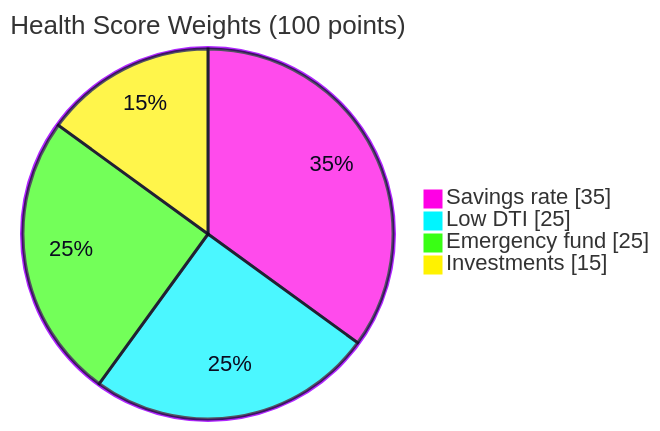
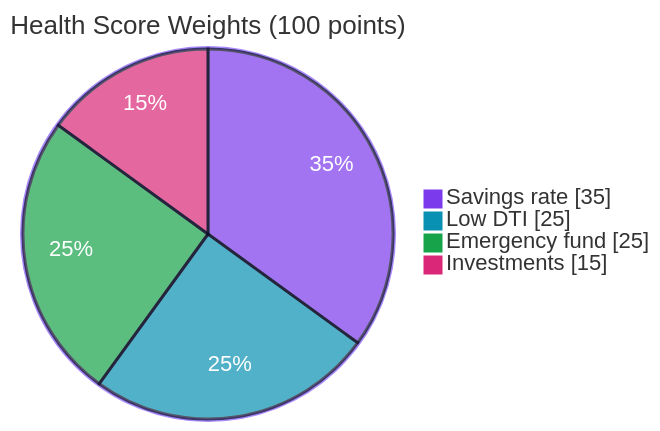
The seventh of 13 diagrams in README.md (Mansi232323/MANSHORA), drawn with Mermaid before and after one commit. The commit also changed other lines of this file, not shown here.

````diff
--- a/README.md
+++ b/README.md
@@ -246,8 +251,8 @@
 ```mermaid
-%%{init: {'theme':'base','themeVariables':{'fontSize':'22px','pieTitleTextSize':'26px','pieSectionTextSize':'22px','pieLegendTextSize':'22px','pie1':'#ff00e5','pie2':'#00f5ff','pie3':'#39ff14','pie4':'#fff200','pieSectionTextColor':'#0b0b1f','pieStrokeColor':'#0b0b1f','pieStrokeWidth':'3px','pieOuterStrokeColor':'#b026ff','pieOuterStrokeWidth':'3px'}}}%%
+%%{init: {'theme':'base','themeVariables':{'fontSize':'22px','fontFamily':'Arial, Helvetica, sans-serif','pieTitleTextSize':'26px','pieSectionTextSize':'22px','pieLegendTextSize':'22px','pie1':'#7c3aed','pie2':'#0891b2','pie3':'#16a34a','pie4':'#db2777','pieSectionTextColor':'#ffffff','pieStrokeColor':'#0f0f2b','pieStrokeWidth':'3px','pieOuterStrokeColor':'#a78bfa','pieOuterStrokeWidth':'3px'}}}%%
 pie showData title Health Score Weights (100 points)
     "Savings rate" : 35
     "Low DTI" : 25
     "Emergency fund" : 25
     "Investments" : 15
 ```
````
